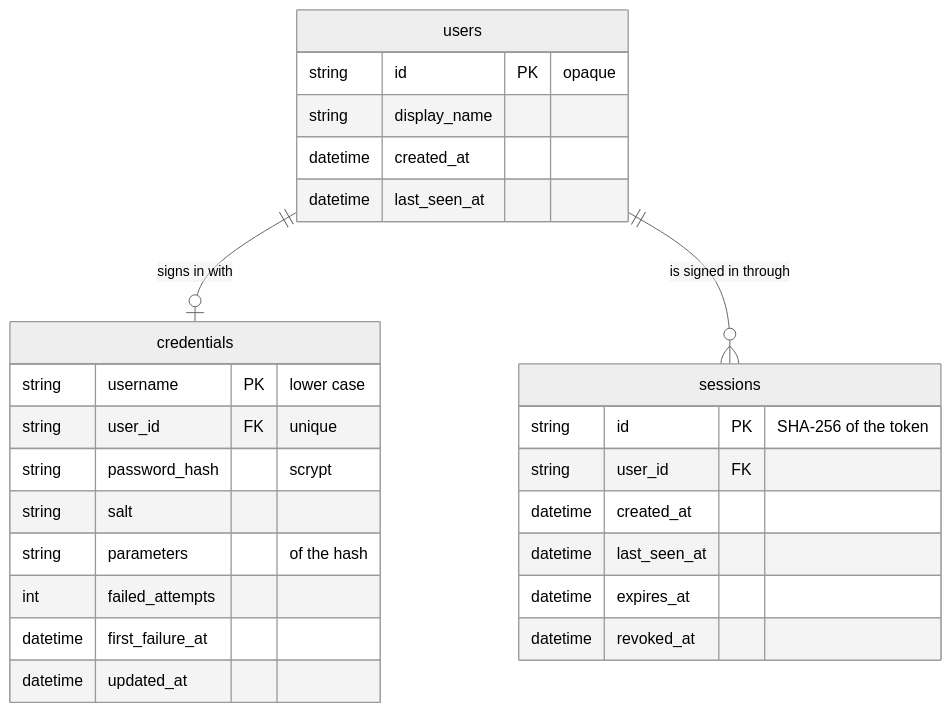
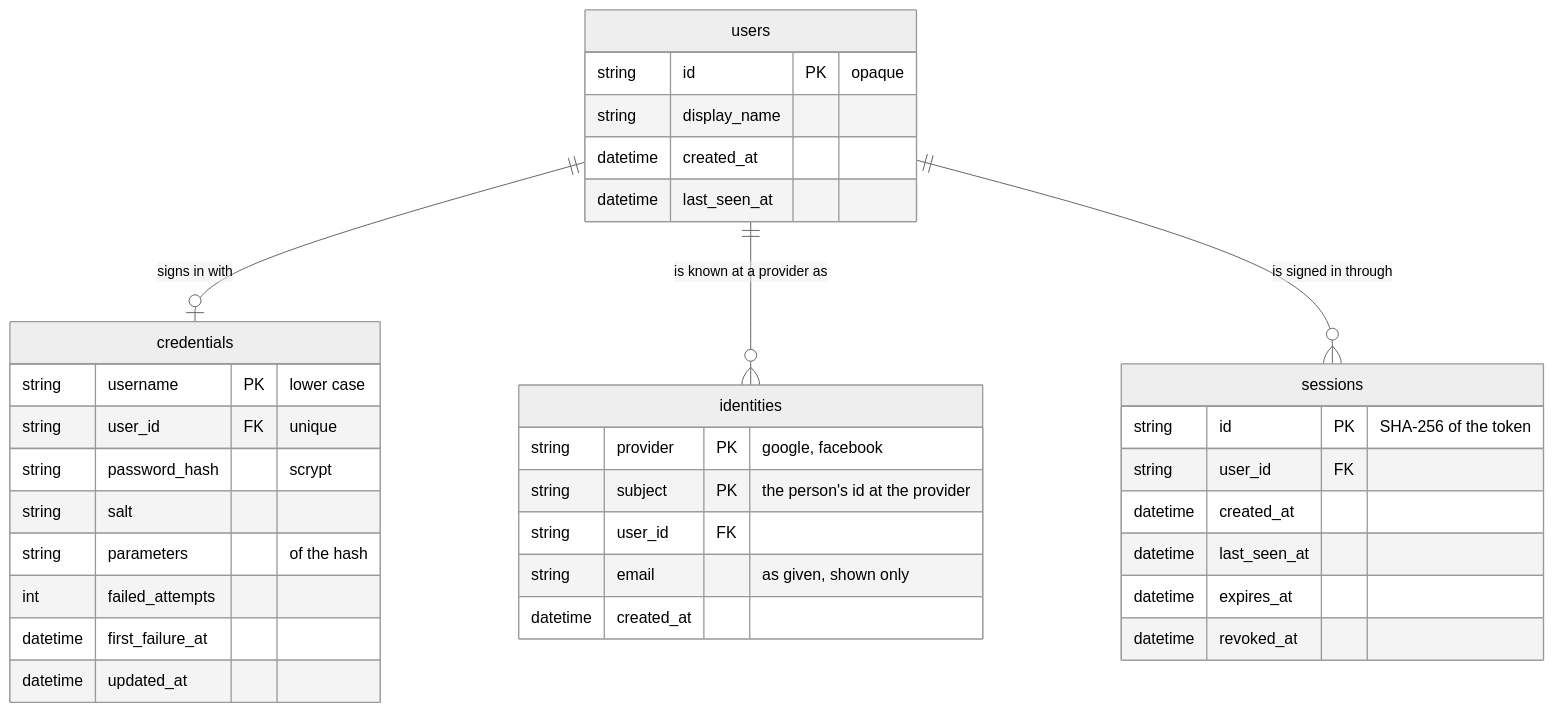
One commit to Learnheart/Avatar_AI changed the sixth of 6 diagrams in docs/2026-10-13/sign-in/design.md. Above: the diagram before and after it, drawn with Mermaid (neutral theme). The commit also changed other lines of this file and 2 other files, not shown here.

First line of the commit message:
docs(update docs): keep the session by timeout and add google and facebook sign-in

````diff
--- a/docs/2026-10-13/sign-in/design.md
+++ b/docs/2026-10-13/sign-in/design.md
@@ -194,29 +273,37 @@
 ```mermaid
 erDiagram
     users ||--o| credentials : "signs in with"
+    users ||--o{ identities : "is known at a provider as"
     users ||--o{ sessions : "is signed in through"
     users {
         string id PK "opaque"
         string display_name
         datetime created_at
         datetime last_seen_at
     }
     credentials {
         string username PK "lower case"
         string user_id FK "unique"
         string password_hash "scrypt"
         string salt
         string parameters "of the hash"
         int failed_attempts
         datetime first_failure_at
         datetime updated_at
     }
+    identities {
+        string provider PK "google, facebook"
+        string subject PK "the person's id at the provider"
+        string user_id FK
+        string email "as given, shown only"
+        datetime created_at
+    }
     sessions {
         string id PK "SHA-256 of the token"
         string user_id FK
         datetime created_at
         datetime last_seen_at
         datetime expires_at
         datetime revoked_at
     }
 ```
````
